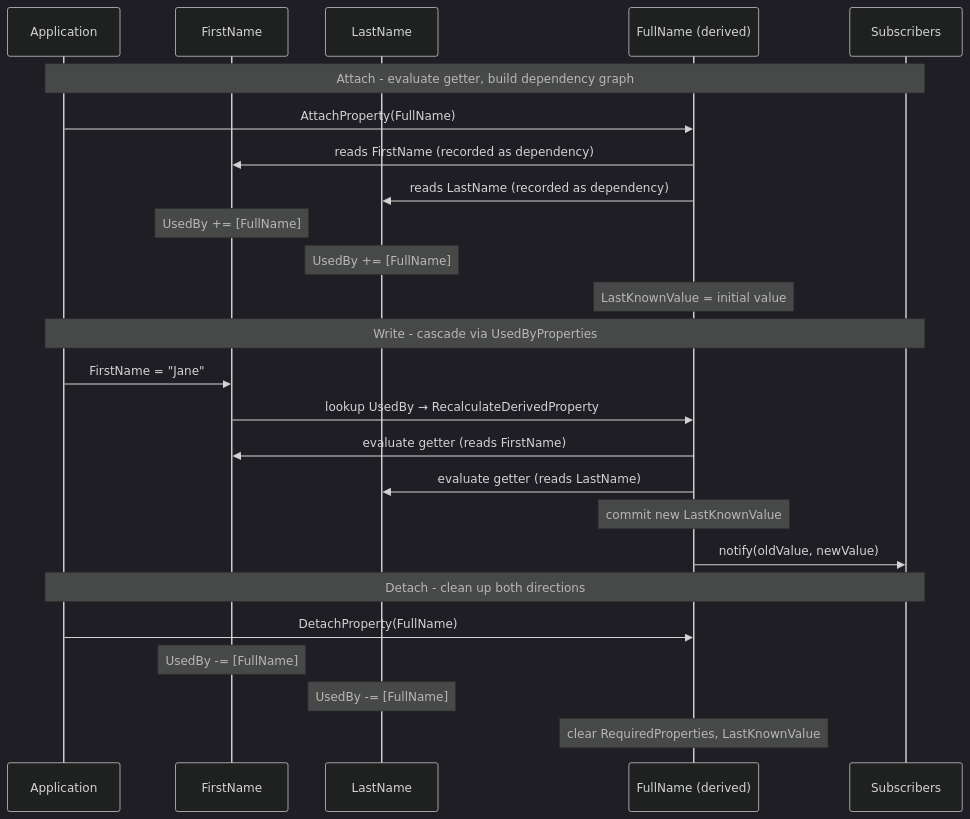
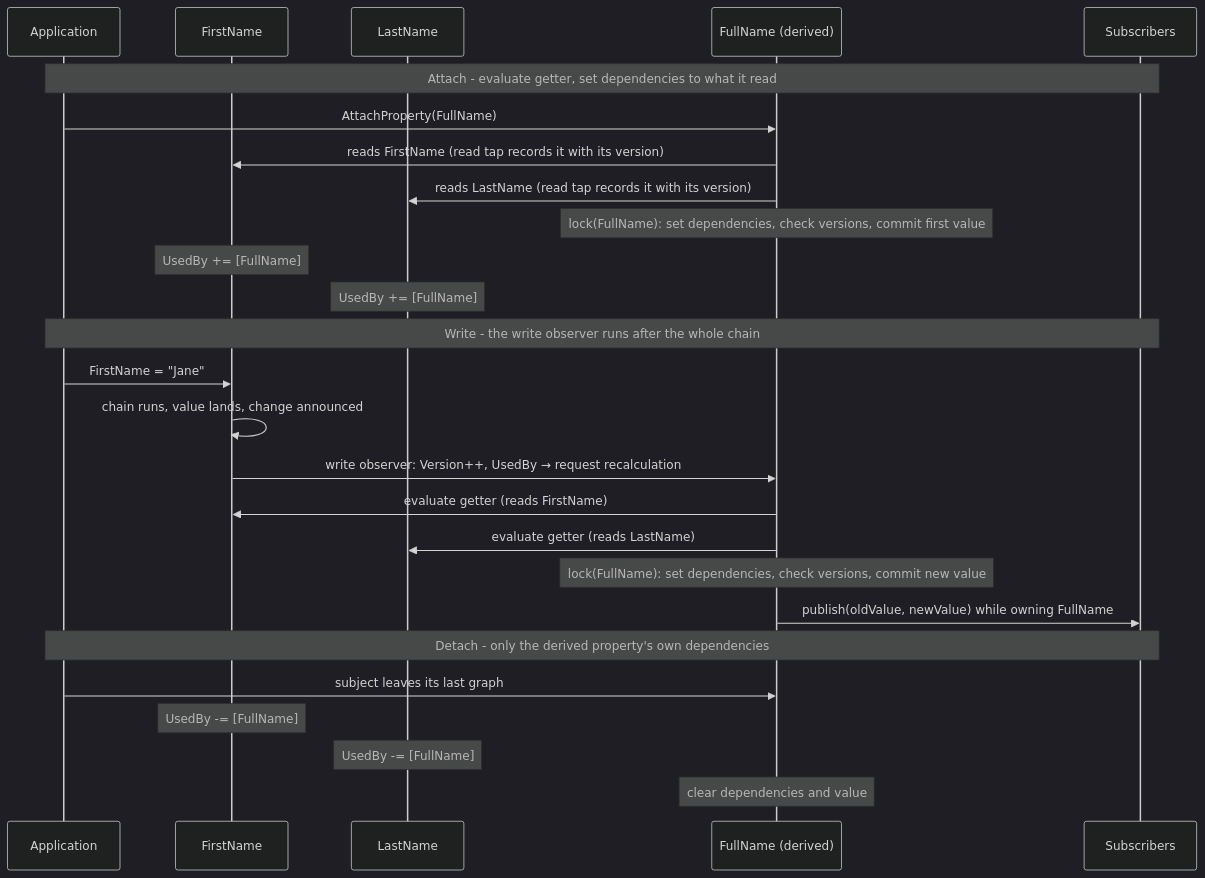
One commit to RicoSuter/Namotion.Interceptor changed the first of 2 diagrams in docs/design/tracking-derived-properties.md. Above: the diagram before and after it, drawn with Mermaid (dark theme). The commit also changed other lines of this file and 77 other files, not shown here.

Commit message:
fix: record derived dependencies in the core and recalculate once per write (#966)

````diff
--- a/docs/design/tracking-derived-properties.md
+++ b/docs/design/tracking-derived-properties.md
@@ -77,30 +98,31 @@
 ```mermaid
 sequenceDiagram
     participant App as Application
     participant FN as FirstName
     participant LN as LastName
     participant Full as FullName (derived)
     participant Sub as Subscribers
 
-    Note over App,Sub: Attach - evaluate getter, build dependency graph
+    Note over App,Sub: Attach - evaluate getter, set dependencies to what it read
     App->>Full: AttachProperty(FullName)
-    Full->>FN: reads FirstName (recorded as dependency)
-    Full->>LN: reads LastName (recorded as dependency)
+    Full->>FN: reads FirstName (read tap records it with its version)
+    Full->>LN: reads LastName (read tap records it with its version)
+    Note over Full: lock(FullName): set dependencies, check versions, commit first value
     Note over FN: UsedBy += [FullName]
     Note over LN: UsedBy += [FullName]
-    Note over Full: LastKnownValue = initial value
 
-    Note over App,Sub: Write - cascade via UsedByProperties
+    Note over App,Sub: Write - the write observer runs after the whole chain
     App->>FN: FirstName = "Jane"
-    FN->>Full: lookup UsedBy → RecalculateDerivedProperty
+    FN->>FN: chain runs, value lands, change announced
+    FN->>Full: write observer: Version++, UsedBy → request recalculation
     Full->>FN: evaluate getter (reads FirstName)
     Full->>LN: evaluate getter (reads LastName)
-    Note over Full: commit new LastKnownValue
-    Full->>Sub: notify(oldValue, newValue)
+    Note over Full: lock(FullName): set dependencies, check versions, commit new value
+    Full->>Sub: publish(oldValue, newValue) while owning FullName
 
-    Note over App,Sub: Detach - clean up both directions
-    App->>Full: DetachProperty(FullName)
+    Note over App,Sub: Detach - only the derived property's own dependencies
+    App->>Full: subject leaves its last graph
     Note over FN: UsedBy -= [FullName]
     Note over LN: UsedBy -= [FullName]
-    Note over Full: clear RequiredProperties, LastKnownValue
+    Note over Full: clear dependencies and value
 ```
````
